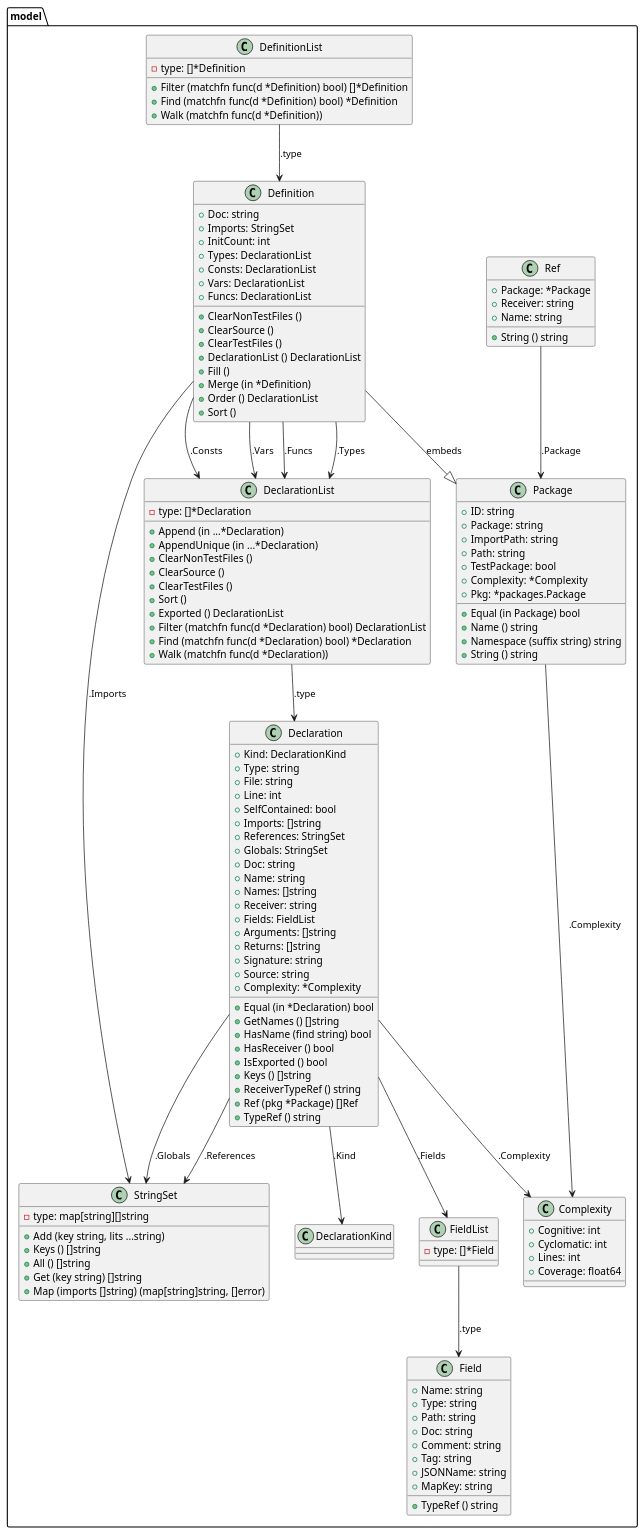
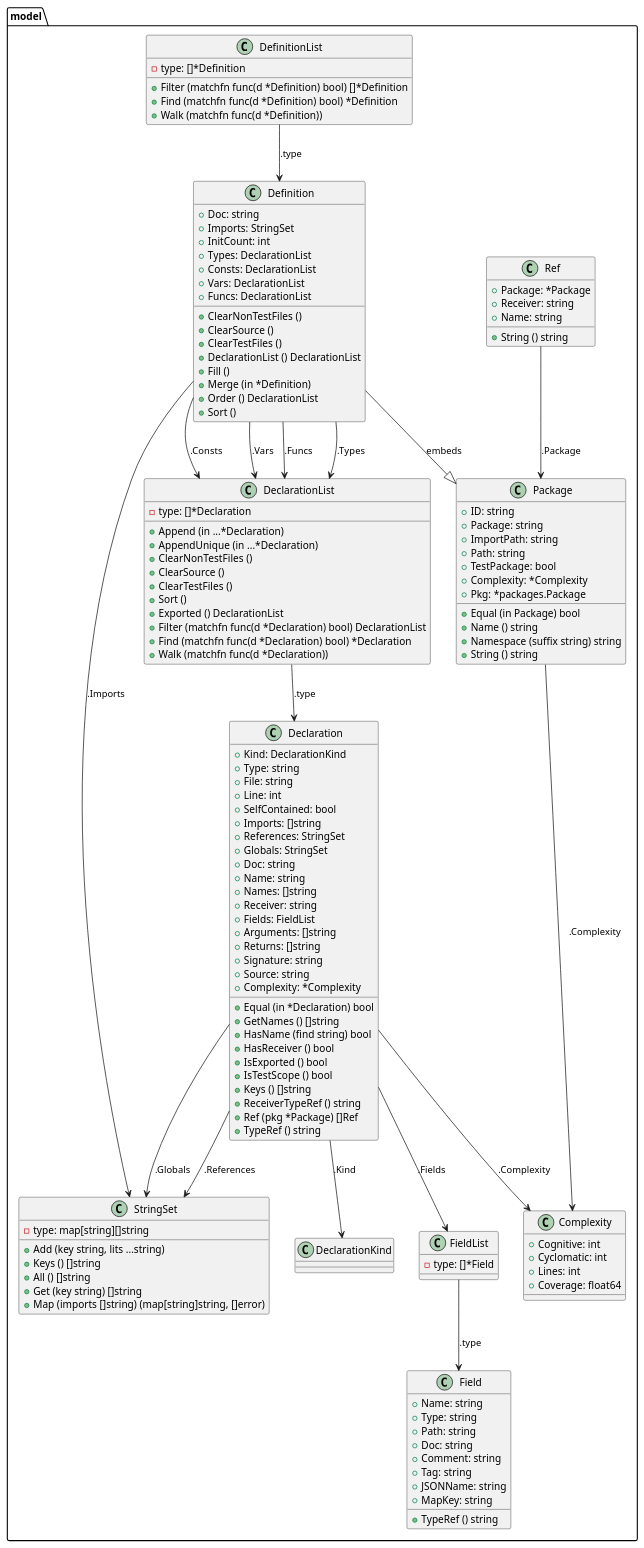
The diagram in cmd/go-fsck/model/restored/go-fsck.puml (titpetric/exp), drawn with PlantUML before and after one commit. The commit also changed 9 other files, not shown here.

```diff
--- a/cmd/go-fsck/model/restored/go-fsck.puml
+++ b/cmd/go-fsck/model/restored/go-fsck.puml
@@ -1,152 +1,153 @@
 @startuml
 
 class "model.Complexity" {
   + Cognitive: int
   + Cyclomatic: int
   + Lines: int
   + Coverage: float64
 }
 
 class "model.Declaration" {
   + Kind: DeclarationKind
   + Type: string
   + File: string
   + Line: int
   + SelfContained: bool
   + Imports: []string
   + References: StringSet
   + Globals: StringSet
   + Doc: string
   + Name: string
   + Names: []string
   + Receiver: string
   + Fields: FieldList
   + Arguments: []string
   + Returns: []string
   + Signature: string
   + Source: string
   + Complexity: *Complexity
   + Equal (in *Declaration) bool
   + GetNames () []string
   + HasName (find string) bool
   + HasReceiver () bool
   + IsExported () bool
+  + IsTestScope () bool
   + Keys () []string
   + ReceiverTypeRef () string
   + Ref (pkg *Package) []Ref
   + TypeRef () string
 }
 
 class "model.DeclarationList" {
   - type: []*Declaration
   + Append (in ...*Declaration)
   + AppendUnique (in ...*Declaration)
   + ClearNonTestFiles ()
   + ClearSource ()
   + ClearTestFiles ()
   + Sort ()
   + Exported () DeclarationList
   + Filter (matchfn func(d *Declaration) bool) DeclarationList
   + Find (matchfn func(d *Declaration) bool) *Declaration
   + Walk (matchfn func(d *Declaration))
 }
 
 class "model.Definition" {
   + Doc: string
   + Imports: StringSet
   + InitCount: int
   + Types: DeclarationList
   + Consts: DeclarationList
   + Vars: DeclarationList
   + Funcs: DeclarationList
   + ClearNonTestFiles ()
   + ClearSource ()
   + ClearTestFiles ()
   + DeclarationList () DeclarationList
   + Fill ()
   + Merge (in *Definition)
   + Order () DeclarationList
   + Sort ()
 }
 
 class "model.DefinitionList" {
   - type: []*Definition
   + Filter (matchfn func(d *Definition) bool) []*Definition
   + Find (matchfn func(d *Definition) bool) *Definition
   + Walk (matchfn func(d *Definition))
 }
 
 class "model.Field" {
   + Name: string
   + Type: string
   + Path: string
   + Doc: string
   + Comment: string
   + Tag: string
   + JSONName: string
   + MapKey: string
   + TypeRef () string
 }
 
 class "model.FieldList" {
   - type: []*Field
 }
 
 class "model.Package" {
   + ID: string
   + Package: string
   + ImportPath: string
   + Path: string
   + TestPackage: bool
   + Complexity: *Complexity
   + Pkg: *packages.Package
   + Equal (in Package) bool
   + Name () string
   + Namespace (suffix string) string
   + String () string
 }
 
 class "model.Ref" {
   + Package: *Package
   + Receiver: string
   + Name: string
   + String () string
 }
 
 class "model.StringSet" {
   - type: map[string][]string
   + Add (key string, lits ...string)
   + Keys () []string
   + All () []string
   + Get (key string) []string
   + Map (imports []string) (map[string]string, []error)
 }
 
 
 "model.Declaration" --> "model.DeclarationKind" : .Kind
 "model.Declaration" --> "model.StringSet" : .References
 "model.Declaration" --> "model.StringSet" : .Globals
 "model.Declaration" --> "model.FieldList" : .Fields
 "model.Declaration" --> "model.Complexity" : .Complexity
 
 "model.DeclarationList" --> "model.Declaration" : .type
 
 "model.Definition" --|> "model.Package" : embeds
 "model.Definition" --> "model.StringSet" : .Imports
 "model.Definition" --> "model.DeclarationList" : .Types
 "model.Definition" --> "model.DeclarationList" : .Consts
 "model.Definition" --> "model.DeclarationList" : .Vars
 "model.Definition" --> "model.DeclarationList" : .Funcs
 
 "model.DefinitionList" --> "model.Definition" : .type
 
 
 "model.FieldList" --> "model.Field" : .type
 
 "model.Package" --> "model.Complexity" : .Complexity
 
 "model.Ref" --> "model.Package" : .Package
 
 
 
 @enduml
```
